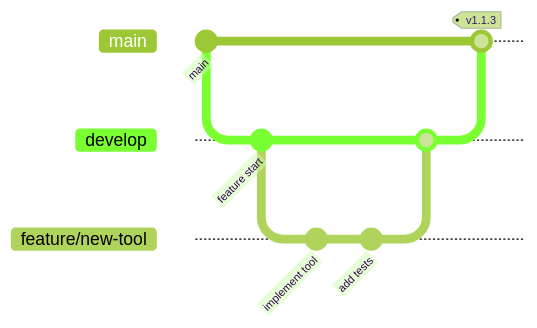
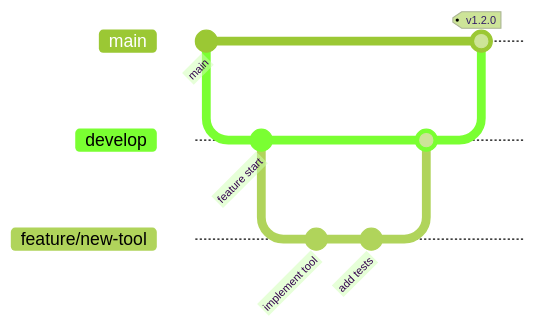
The sixth of 14 diagrams in mcp/DEVELOPMENT.md (telemetryflow/telemetryflow-overview), drawn with Mermaid (forest theme) before and after one commit. The commit also changed other lines of this file and 68 other files, not shown here.

````diff
--- a/mcp/DEVELOPMENT.md
+++ b/mcp/DEVELOPMENT.md
@@ -227,15 +227,15 @@
 ```mermaid
 gitGraph
     commit id: "main"
     branch develop
     checkout develop
     commit id: "feature start"
     branch feature/new-tool
     checkout feature/new-tool
     commit id: "implement tool"
     commit id: "add tests"
     checkout develop
     merge feature/new-tool
     checkout main
-    merge develop tag: "v1.1.3"
+    merge develop tag: "v1.2.0"
 ```
````
